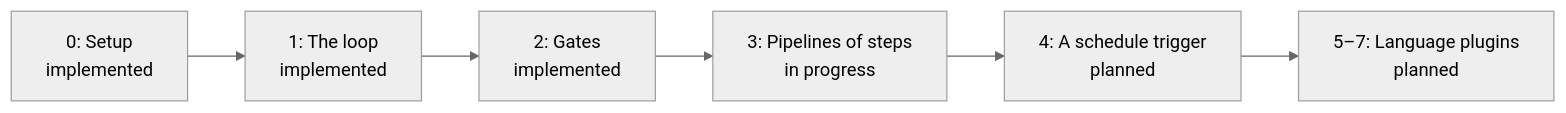
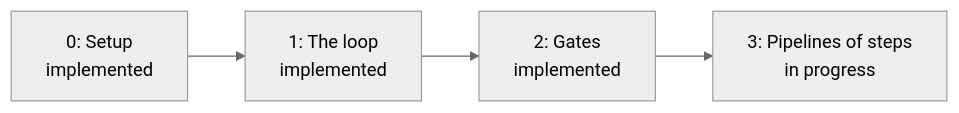
The diagram in docs/plans/README.md (wrkhse/atelier), drawn with Mermaid (neutral theme) before and after one commit. The commit also changed other lines of this file and 7 other files, not shown here.

````diff
--- a/docs/plans/README.md
+++ b/docs/plans/README.md
@@ -6,8 +6,6 @@
 ```mermaid
 flowchart LR
     Setup["0: Setup<br/>implemented"] --> Loop["1: The loop<br/>implemented"]
     Loop --> Gates["2: Gates<br/>implemented"]
     Gates --> Pipelines["3: Pipelines of steps<br/>in progress"]
-    Pipelines --> Schedule["4: A schedule trigger<br/>planned"]
-    Schedule --> Languages["5–7: Language plugins<br/>planned"]
 ```
````
